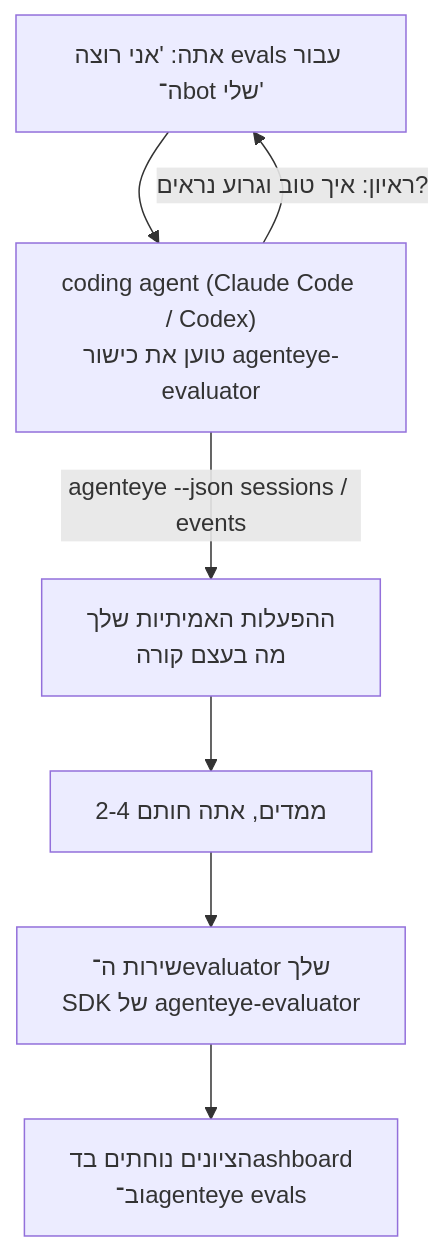
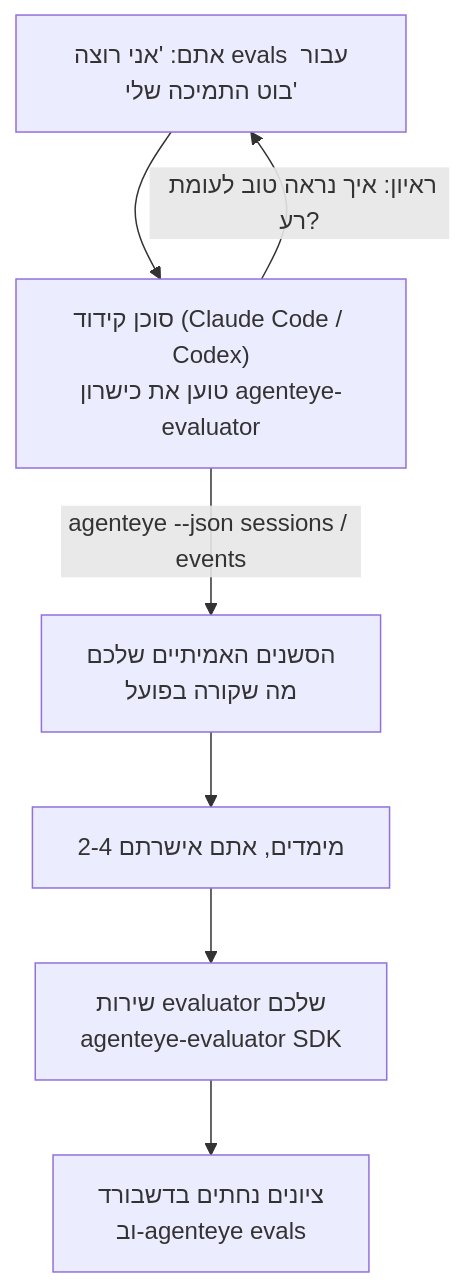
The diagram in docs/he/agenteye/evaluator-skill.mdx (FailproofAI/failproofai), drawn with Mermaid before and after one commit. The commit also changed other lines of this file and 654 other files, not shown here.

````diff
--- a/docs/he/agenteye/evaluator-skill.mdx
+++ b/docs/he/agenteye/evaluator-skill.mdx
@@ -21,9 +22,9 @@
 ```mermaid
 flowchart TD
-    YOU["אתה: 'אני רוצה evals עבור ה־bot שלי'"] --> AGENT["coding agent (Claude Code / Codex)<br/>טוען את כישור agenteye-evaluator"]
-    AGENT -->|"ראיון: איך טוב וגרוע נראים?"| YOU
-    AGENT -->|"agenteye --json sessions / events"| DATA["ההפעלות האמיתיות שלך<br/>מה בעצם קורה"]
-    DATA --> DIMS["2-4 ממדים, אתה חותם"]
-    DIMS --> SVC["שירות ה־evaluator שלך<br/>SDK של agenteye-evaluator"]
-    SVC --> SCORES["הציונים נוחתים בדashboard<br/>וב־agenteye evals"]
+    YOU["אתם: 'אני רוצה evals עבור בוט התמיכה שלי'"] --> AGENT["סוכן קידוד (Claude Code / Codex)<br/>טוען את כישרון agenteye-evaluator"]
+    AGENT -->|"ראיון: איך נראה טוב לעומת רע?"| YOU
+    AGENT -->|"agenteye --json sessions / events"| DATA["הסשנים האמיתיים שלכם<br/>מה שקורה בפועל"]
+    DATA --> DIMS["2-4 מימדים, אתם אישרתם"]
+    DIMS --> SVC["שירות evaluator שלכם<br/>agenteye-evaluator SDK"]
+    SVC --> SCORES["ציונים נחתים בדשבורד<br/>וב-agenteye evals"]
 ```
````
